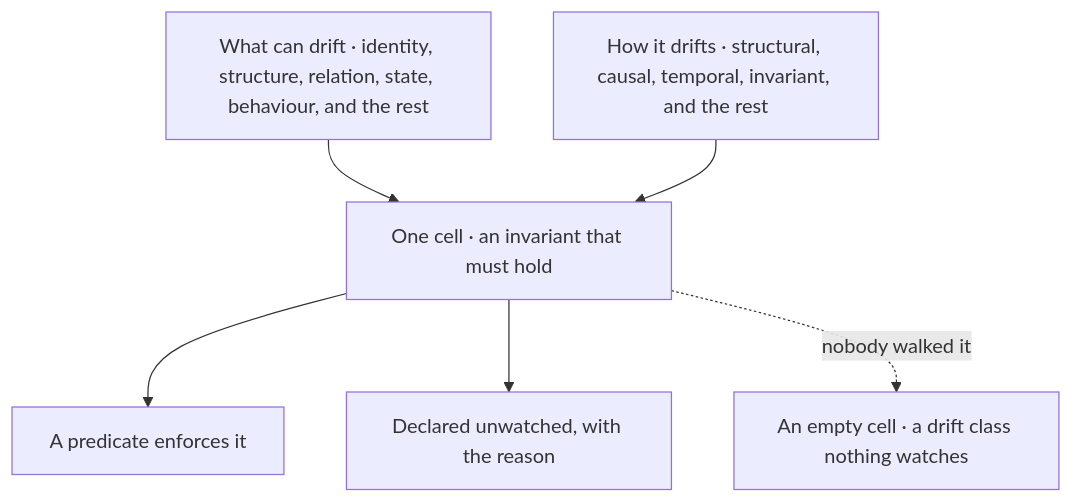
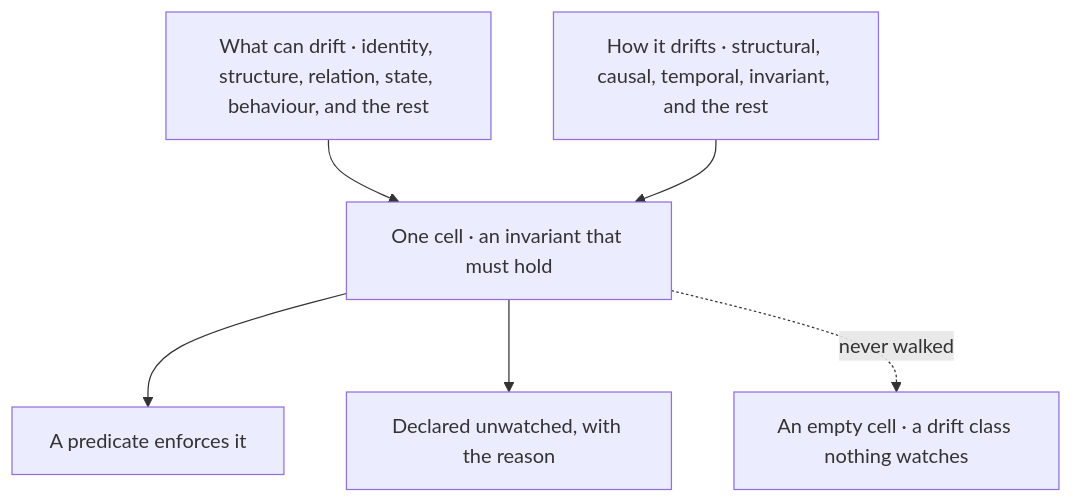
Diagram 13 of 14 in VERIFY.md (Varietyz/Disciplined-AI-Software-Development), drawn with Mermaid before and after one commit. The commit also changed other lines of this file and 25 other files, not shown here.

````diff
--- a/VERIFY.md
+++ b/VERIFY.md
@@ -511,14 +481,14 @@
 ```mermaid
 flowchart TB
 dimensions["What can drift · identity, structure, relation, state, behaviour, and the rest"]
 lenses["How it drifts · structural, causal, temporal, invariant, and the rest"]
 cell["One cell · an invariant that must hold"]
 watched["A predicate enforces it"]
 unwatched["Declared unwatched, with the reason"]
 empty["An empty cell · a drift class nothing watches"]
 dimensions --> cell
 lenses --> cell
 cell --> watched
 cell --> unwatched
-cell -. nobody walked it .-> empty
+cell -. never walked .-> empty
 ```
````
